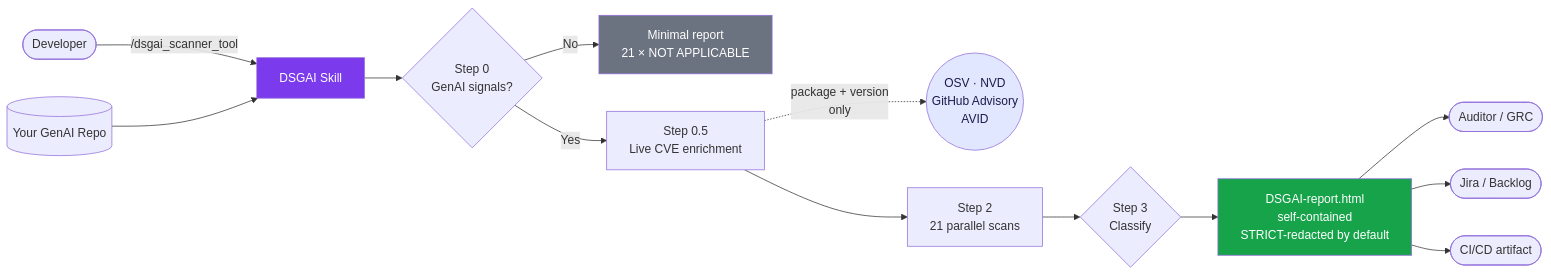
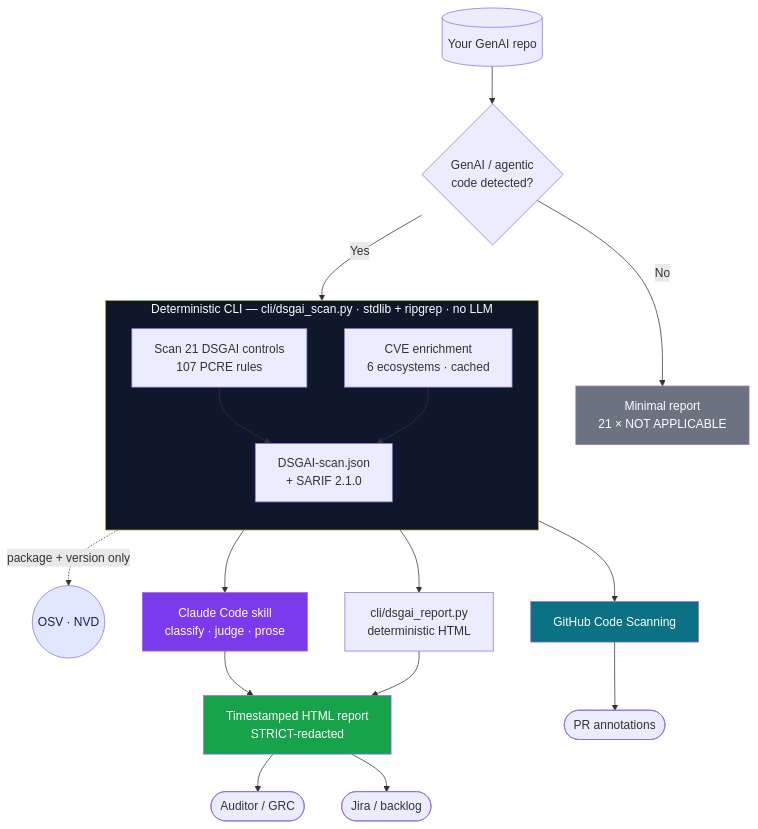
The diagram in dsgai_scanner_tool/README.md (GenAI-Security-Project/GenAI-Data-Security-Initiative), drawn with Mermaid before and after one commit. The commit also changed other lines of this file, not shown here.

````diff
--- a/dsgai_scanner_tool/README.md
+++ b/dsgai_scanner_tool/README.md
@@ -16,24 +74,32 @@
 ```mermaid
-flowchart LR
-    Dev([Developer]) -->|/dsgai_scanner_tool| Skill[DSGAI Skill]
-    Repo[(Your GenAI Repo)] --> Skill
+flowchart TD
+    Repo[(Your GenAI repo)] --> Detect{"GenAI / agentic<br/>code detected?"}
+    Detect -->|No| NA["Minimal report<br/>21 × NOT APPLICABLE"]
 
-    Skill --> Detect{Step 0<br/>GenAI signals?}
-    Detect -->|No| Minimal[Minimal report<br/>21 × NOT APPLICABLE]
-    Detect -->|Yes| CVE[Step 0.5<br/>Live CVE enrichment]
+    Detect -->|Yes| Engine
+    subgraph Engine["Deterministic CLI — cli/dsgai_scan.py · stdlib + ripgrep · no LLM"]
+        direction TB
+        Scan[Scan 21 DSGAI controls<br/>107 PCRE rules]
+        CVE[CVE enrichment<br/>6 ecosystems · cached]
+        Scan --> Out[DSGAI-scan.json<br/>+ SARIF 2.1.0]
+        CVE --> Out
+    end
+    CVE -. package + version only .-> Sources((OSV · NVD))
 
-    CVE -.->|package + version<br/>only| Sources((OSV · NVD<br/>GitHub Advisory<br/>AVID))
-
-    CVE --> Scan[Step 2<br/>21 parallel scans]
-    Scan --> Class{Step 3<br/>Classify}
-    Class --> Report[DSGAI-report.html<br/>self-contained<br/>STRICT-redacted by default]
+    Out --> Skill[Claude Code skill<br/>classify · judge · prose]
+    Skill --> Report[Timestamped HTML report<br/>STRICT-redacted]
+    Out --> Renderer[cli/dsgai_report.py<br/>deterministic HTML]
+    Renderer --> Report
+    Out --> CodeScan[GitHub Code Scanning]
 
     Report --> Auditor([Auditor / GRC])
-    Report --> Ticket([Jira / Backlog])
-    Report --> CICD([CI/CD artifact])
+    Report --> Ticket([Jira / backlog])
+    CodeScan --> PR([PR annotations])
 
+    style Engine fill:#0f172a,color:#fff
     style Skill fill:#7c3aed,color:#fff
     style Report fill:#16a34a,color:#fff
-    style Minimal fill:#6b7280,color:#fff
+    style CodeScan fill:#0b7285,color:#fff
+    style NA fill:#6b7280,color:#fff
     style Sources fill:#e0e7ff,color:#1e1b4b
 ```
````
